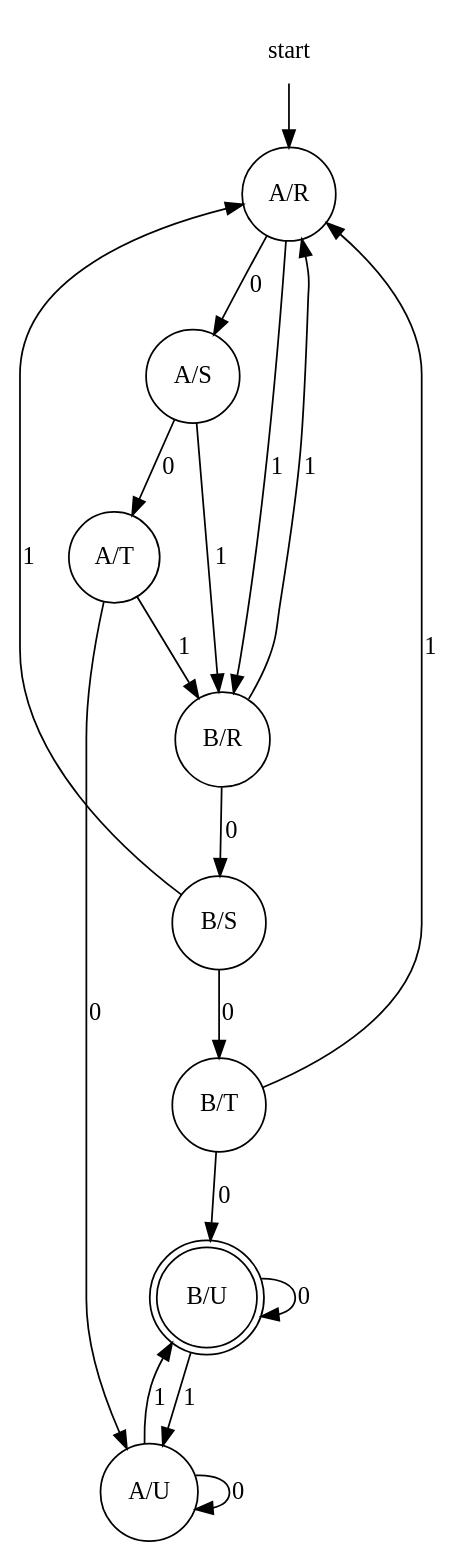
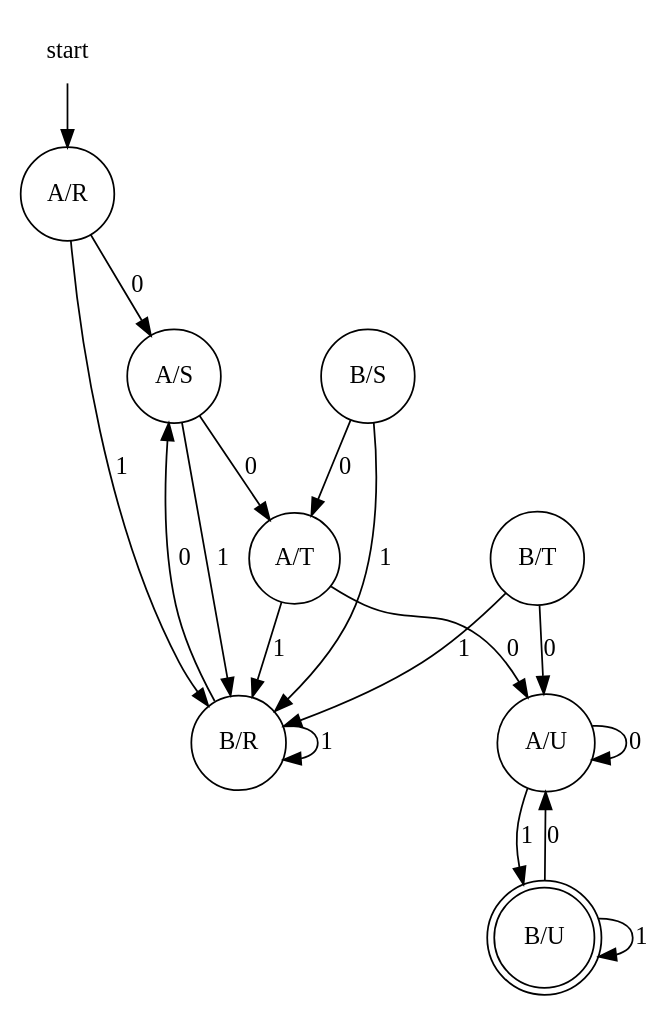
One commit to evertheylen/TA_TO changed the diagram in Helix/testbestanden/Product/Expectedfile1.dot. Above: the diagram before and after it, drawn with Graphviz. The commit also changed 12 other files, not shown here.

```diff
--- a/Helix/testbestanden/Product/Expectedfile1.dot
+++ b/Helix/testbestanden/Product/Expectedfile1.dot
@@ -1,24 +1,22 @@
 digraph automaton {
-//    rankdir = LR
     node [shape=none]; start;
     node [shape=doublecircle]; "B/U";
     node [shape=circle];
     start -> "A/R";
     "A/R" -> "A/S" [label="0"];
     "A/R" -> "B/R" [label="1"];
     "A/S" -> "A/T" [label="0"];
     "A/S" -> "B/R" [label="1"];
     "A/T" -> "A/U" [label="0"];
     "A/T" -> "B/R" [label="1"];
     "A/U" -> "A/U" [label="0"];
     "A/U" -> "B/U" [label="1"];
-    "B/R" -> "B/S" [label="0"];
-    "B/R" -> "A/R" [label="1"];
-    "B/S" -> "B/T" [label="0"];
-    "B/S" -> "A/R" [label="1"];
-    "B/T" -> "B/U" [label="0"];
-    "B/T" -> "A/R" [label="1"];
-    "B/U" -> "B/U" [label="0"];
-    "B/U" -> "A/U" [label="1"];
-
+    "B/R" -> "A/S" [label="0"];
+    "B/R" -> "B/R" [label="1"];
+    "B/S" -> "A/T" [label="0"];
+    "B/S" -> "B/R" [label="1"];
+    "B/T" -> "A/U" [label="0"];
+    "B/T" -> "B/R" [label="1"];
+    "B/U" -> "A/U" [label="0"];
+    "B/U" -> "B/U" [label="1"];
 }
```
